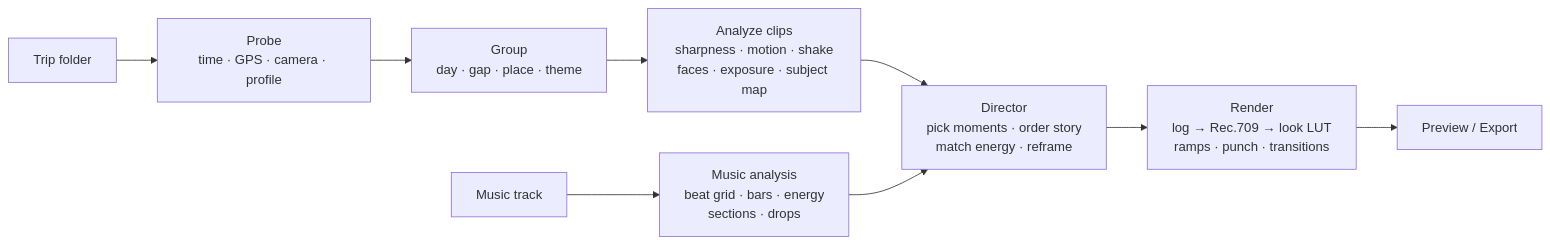
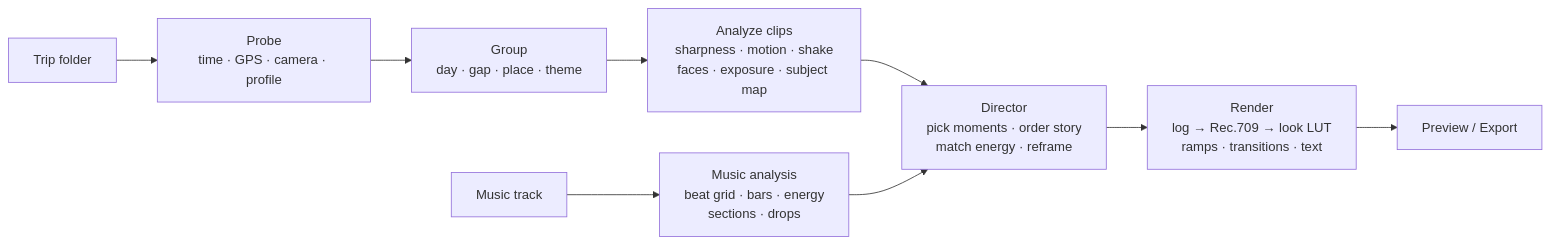
Before and after one commit to snovianto-codes/videocut: the diagram in README.md, drawn with Mermaid. The commit also changed other lines of this file and 16 other files, not shown here.

````diff
--- a/README.md
+++ b/README.md
@@ -55,11 +58,11 @@
 ```mermaid
 flowchart LR
     A[Trip folder] --> B[Probe<br/>time · GPS · camera · profile]
     B --> C[Group<br/>day · gap · place · theme]
     C --> D[Analyze clips<br/>sharpness · motion · shake<br/>faces · exposure · subject map]
     M[Music track] --> E[Music analysis<br/>beat grid · bars · energy<br/>sections · drops]
     D --> F[Director<br/>pick moments · order story<br/>match energy · reframe]
     E --> F
-    F --> G[Render<br/>log → Rec.709 → look LUT<br/>ramps · punch · transitions]
+    F --> G[Render<br/>log → Rec.709 → look LUT<br/>ramps · transitions · text]
     G --> H[Preview / Export]
 ```
````
